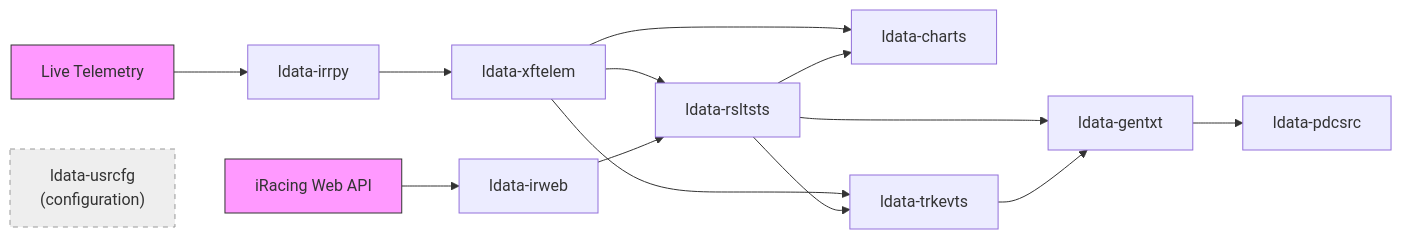
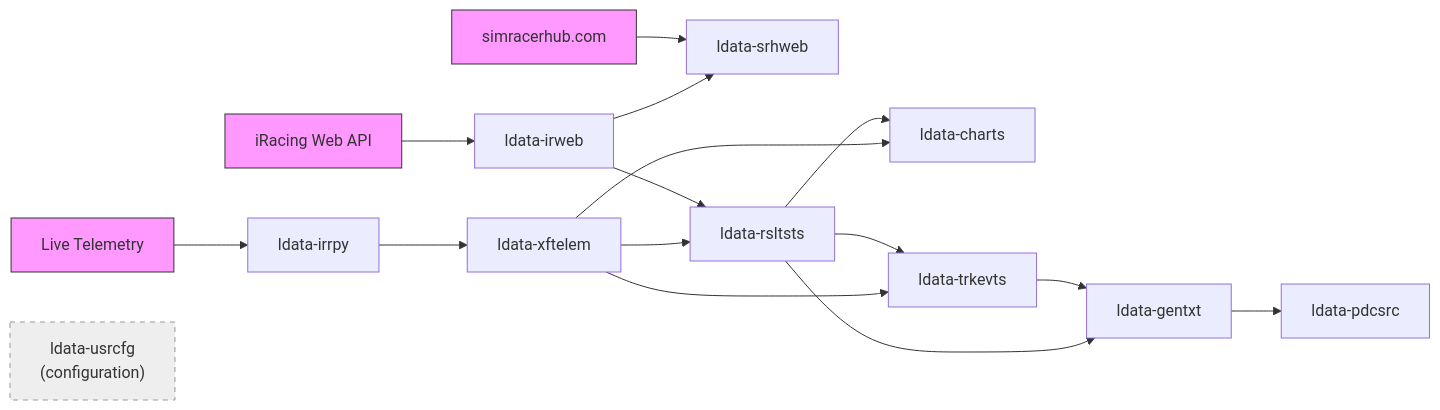
One commit to bfr-leap/lplib-dtbrkr changed the diagram in data-catalog/data-catalog.md. Above: the diagram before and after it, drawn with Mermaid. The commit also changed other lines of this file and 7 other files, not shown here.

````diff
--- a/data-catalog/data-catalog.md
+++ b/data-catalog/data-catalog.md
@@ -29,24 +30,28 @@
 ```mermaid
 graph LR
     API["iRacing Web API"] --> irweb["ldata-irweb"]
     LT["Live Telemetry"] --> irrpy["ldata-irrpy"]
+
+    SRH["simracerhub.com"] --> srhweb["ldata-srhweb"]
+    irweb --> srhweb
 
     irweb --> rsltsts["ldata-rsltsts"]
     irrpy --> xftelem["ldata-xftelem"]
     xftelem --> rsltsts
 
     rsltsts --> charts["ldata-charts"]
     rsltsts --> trkevts["ldata-trkevts"]
     xftelem --> charts
     xftelem --> trkevts
 
     trkevts --> gentxt["ldata-gentxt"]
     rsltsts --> gentxt
     gentxt --> pdcsrc["ldata-pdcsrc"]
 
     usrcfg["ldata-usrcfg\n(configuration)"]
 
     style API fill:#f9f,stroke:#333
     style LT fill:#f9f,stroke:#333
+    style SRH fill:#f9f,stroke:#333
     style usrcfg fill:#eee,stroke:#999,stroke-dasharray: 5 5
 ```
````
